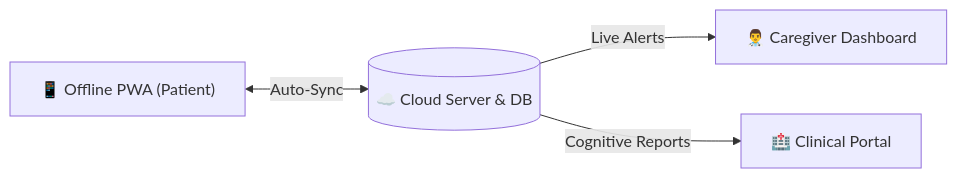
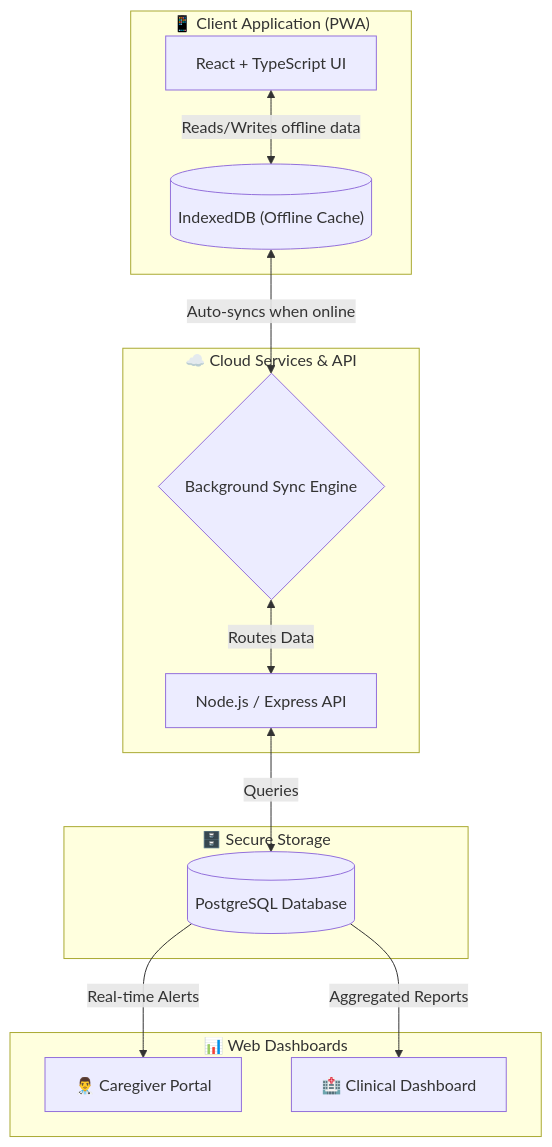
Before and after one commit to prateekvijay265/CognitiveGames: the diagram in README.md, drawn with Mermaid. The commit also changed other lines of this file, not shown here.

Commit message:
docs: expand tech stack and use full vertical flowchart

````diff
--- a/README.md
+++ b/README.md
@@ -50,6 +55,28 @@
 ```mermaid
-flowchart LR
-    A["📱 Offline PWA (Patient)"] <-->|"Auto-Sync"| B[("☁️ Cloud Server & DB")]
-    B -->|"Live Alerts"| C["👨‍⚕️ Caregiver Dashboard"]
-    B -->|"Cognitive Reports"| D["🏥 Clinical Portal"]
+flowchart TD
+    subgraph Frontend ["📱 Client Application (PWA)"]
+        A["React + TypeScript UI"]
+        B[("IndexedDB (Offline Cache)")]
+        A <-->|"Reads/Writes offline data"| B
+    end
+
+    subgraph Backend ["☁️ Cloud Services & API"]
+        C{"Background Sync Engine"}
+        D["Node.js / Express API"]
+    end
+
+    subgraph Database ["🗄️ Secure Storage"]
+        E[("PostgreSQL Database")]
+    end
+
+    subgraph Portals ["📊 Web Dashboards"]
+        F["👨‍⚕️ Caregiver Portal"]
+        G["🏥 Clinical Dashboard"]
+    end
+
+    B <-->|"Auto-syncs when online"| C
+    C <-->|"Routes Data"| D
+    D <-->|"Queries"| E
+    E -->|"Real-time Alerts"| F
+    E -->|"Aggregated Reports"| G
 ```
````
